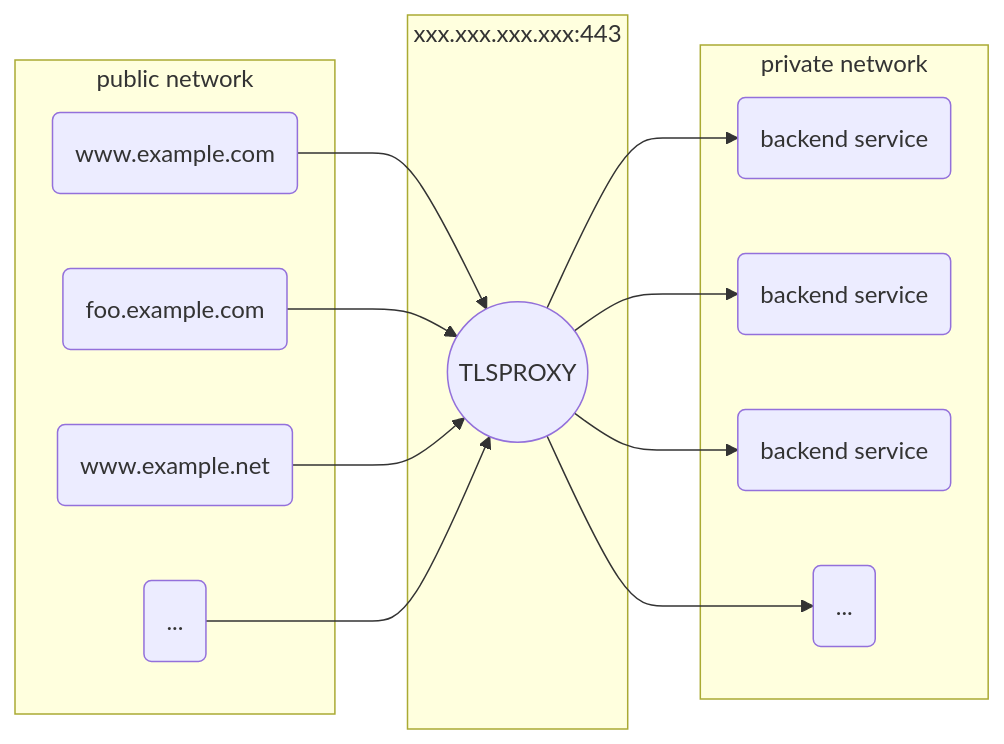
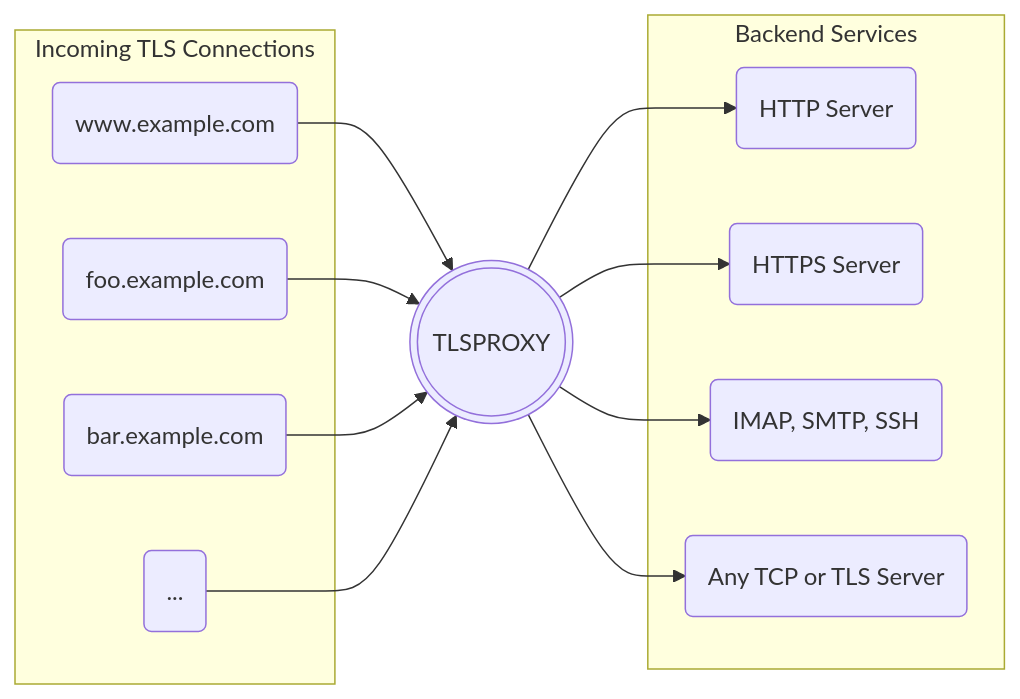
One commit to c2FmZQ/tlsproxy changed the diagram in README.md. Above: the diagram before and after it, drawn with Mermaid.

Commit message:
Tweak graph

````diff
--- a/README.md
+++ b/README.md
@@ -26,26 +26,24 @@
 ```mermaid
 flowchart LR
-  subgraph public network
+  subgraph Incoming TLS Connections
     h1(www.example.com)
     h2(foo.example.com)
-    h3(www.example.net)
+    h3(bar.example.com)
     h4(...)
   end
-  subgraph xxx.xxx.xxx.xxx:443
-    prx((TLSPROXY))
-  end
-  subgraph private network
-    be1(backend service)
-    be2(backend service)
-    be3(backend service)
-    be4(...)
+  prx(((TLSPROXY)))
+  subgraph Backend Services
+    be1(HTTP Server)
+    be2(HTTPS Server)
+    be3(IMAP, SMTP, SSH)
+    be4(Any TCP or TLS Server)
   end
   h1-->prx
   h2-->prx
   h3-->prx
   h4-->prx
   prx-->be1
   prx-->be2
   prx-->be3
   prx-->be4
 ```
````
